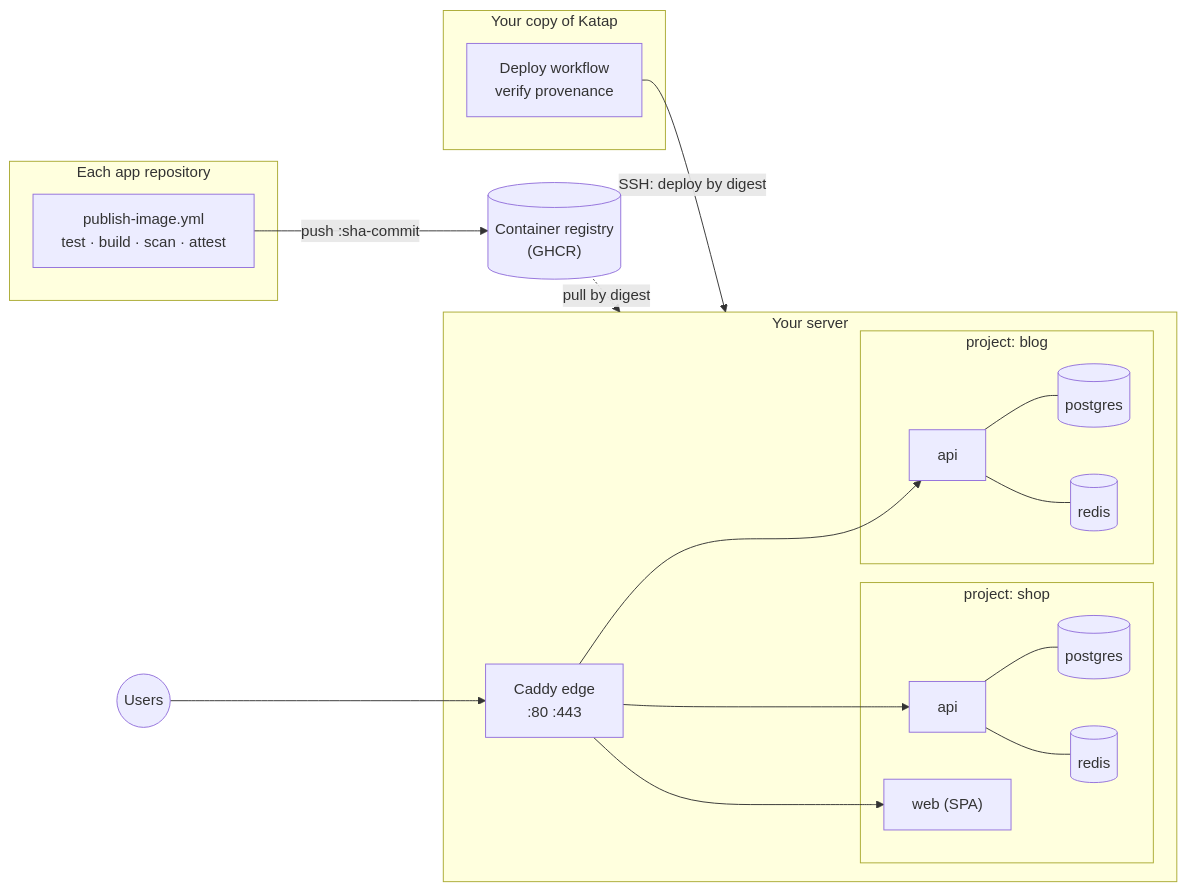
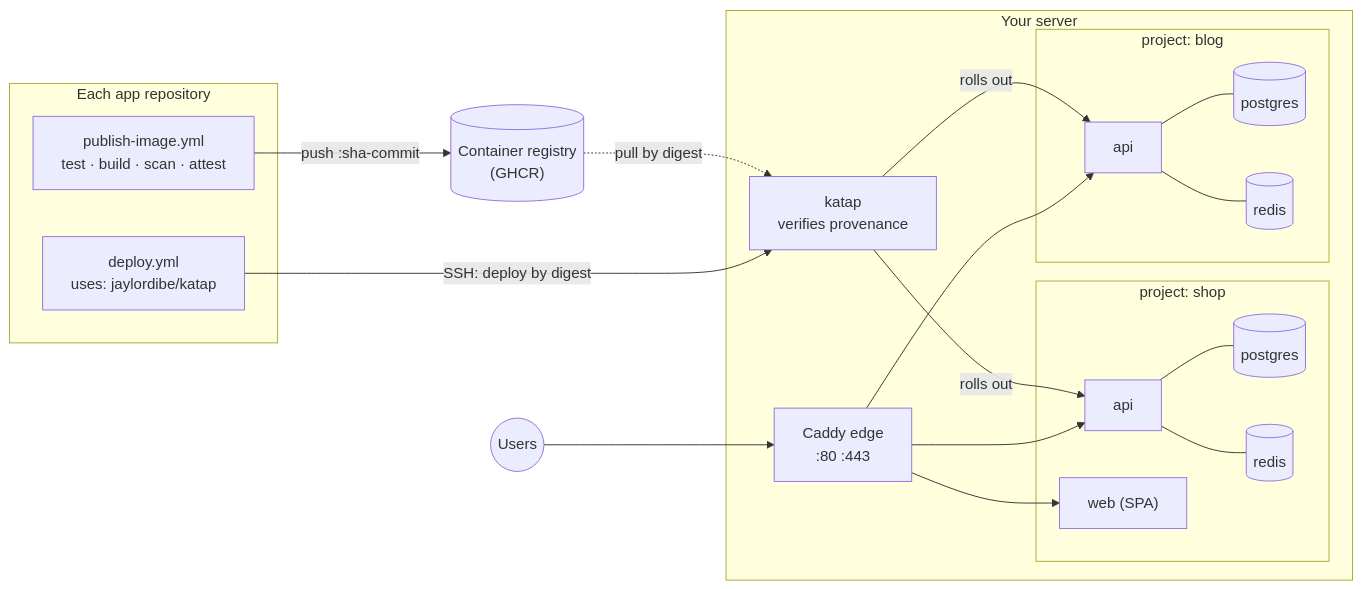
Before and after one commit to jaylordibe/katap: the diagram in README.md, drawn with Mermaid. The commit also changed other lines of this file and 25 other files, not shown here.

````diff
--- a/README.md
+++ b/README.md
@@ -57,27 +58,27 @@
 ```mermaid
 flowchart LR
     subgraph app["Each app repository"]
         P["publish-image.yml<br/>test · build · scan · attest"]
+        D["deploy.yml<br/>uses: jaylordibe/katap"]
     end
     REG[("Container registry<br/>(GHCR)")]
-    subgraph katap["Your copy of Katap"]
-        D["Deploy workflow<br/>verify provenance"]
-    end
     subgraph server["Your server"]
+        K["katap<br/>verifies provenance"]
         E["Caddy edge<br/>:80 :443"]
         subgraph A["project: shop"]
             A1["api"] --- A2[("postgres")]
             A1 --- A3[("redis")]
             A4["web (SPA)"]
         end
         subgraph B["project: blog"]
             B1["api"] --- B2[("postgres")]
             B1 --- B3[("redis")]
         end
     end
     U(("Users")) --> E
     E --> A1 & A4 & B1
     P -- "push :sha-commit" --> REG
-    D -- "SSH: deploy by digest" --> server
-    REG -. "pull by digest" .-> server
+    D -- "SSH: deploy by digest" --> K
+    REG -. "pull by digest" .-> K
+    K -- "rolls out" --> A1 & B1
 ```
````
